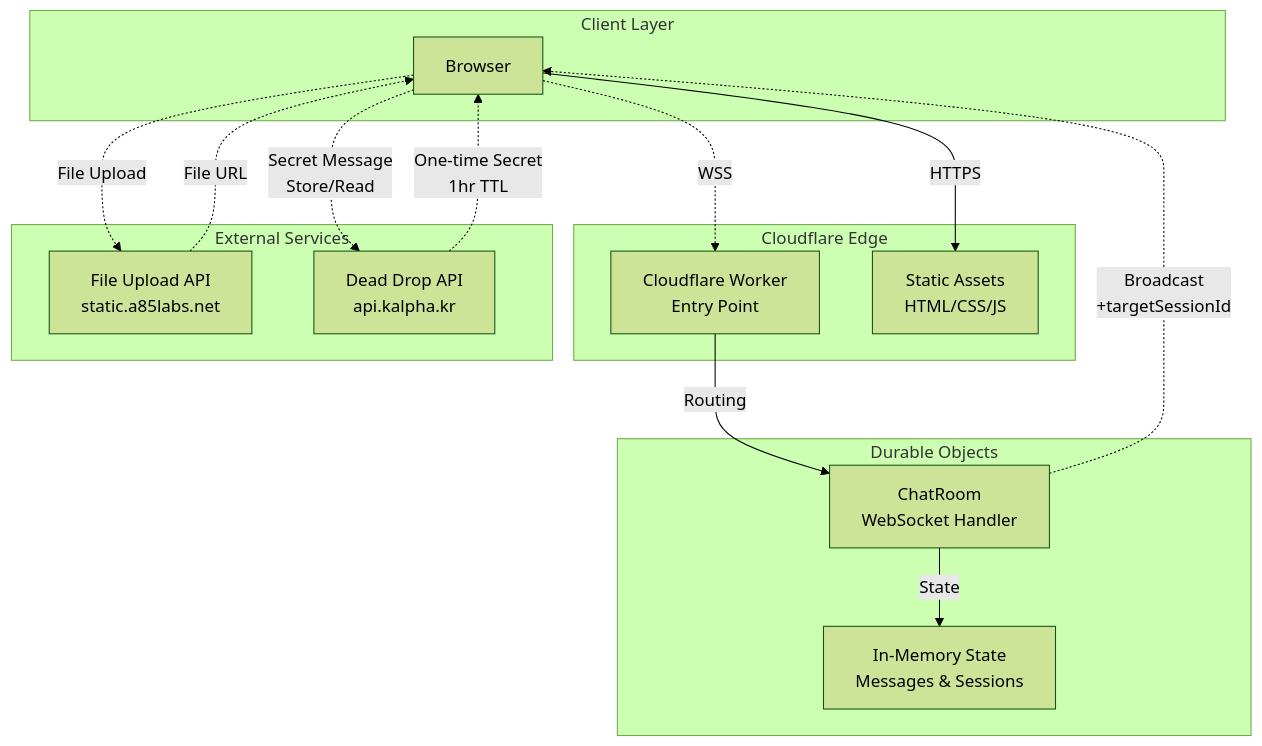
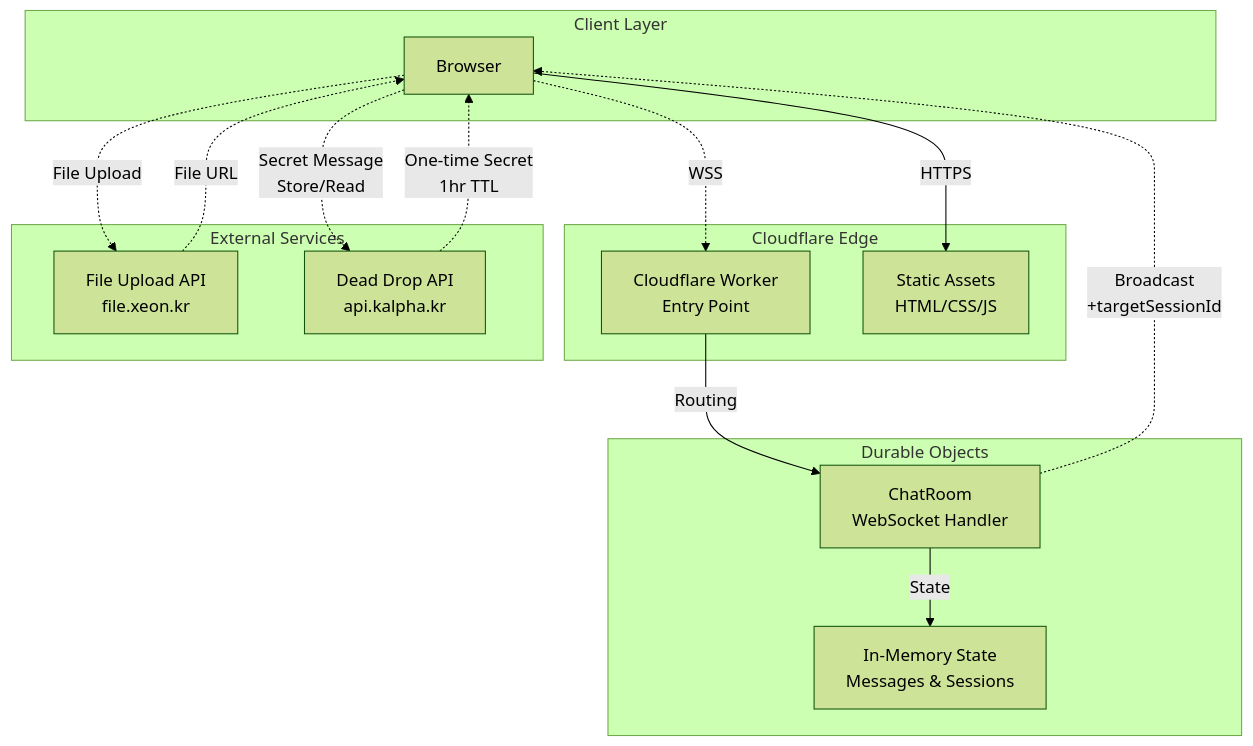
One commit to gguatit/Anonymous_Chat changed the first of 2 diagrams in README.md. Above: the diagram before and after it, drawn with Mermaid (forest theme). The commit also changed other lines of this file and 3 other files, not shown here.

Commit message:
feat: 파일 업로드 API URL을 static.a85labs.net에서 file.xeon.kr로 변경

````diff
--- a/README.md
+++ b/README.md
@@ -240,31 +240,31 @@
 ```mermaid
 graph TB
     subgraph "Client Layer"
         A[Browser]
     end
     
     subgraph "Cloudflare Edge"
         B[Cloudflare Worker<br/>Entry Point]
         C[Static Assets<br/>HTML/CSS/JS]
     end
     
     subgraph "Durable Objects"
         D[ChatRoom<br/>WebSocket Handler]
         E[In-Memory State<br/>Messages & Sessions]
     end
     
     subgraph "External Services"
-        F[File Upload API<br/>static.a85labs.net]
+        F[File Upload API<br/>file.xeon.kr]
         G[Dead Drop API<br/>api.kalpha.kr]
     end
     
     A -->|HTTPS| C
     A -.->|WSS| B
     A -.->|File Upload| F
     A -.->|Secret Message<br/>Store/Read| G
     B -->|Routing| D
     D -->|State| E
     D -.->|Broadcast<br/>+targetSessionId| A
     F -.->|File URL| A
     G -.->|One-time Secret<br/>1hr TTL| A
 ```
````
